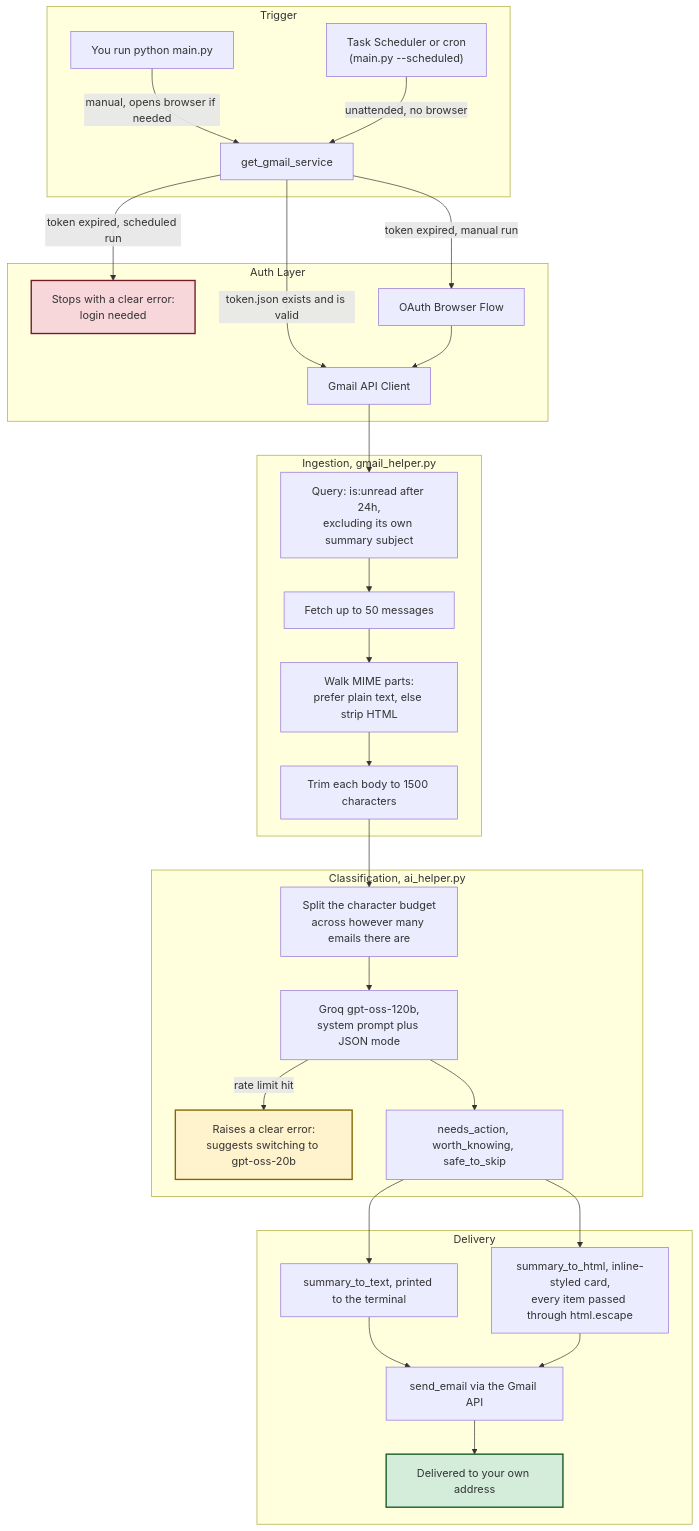
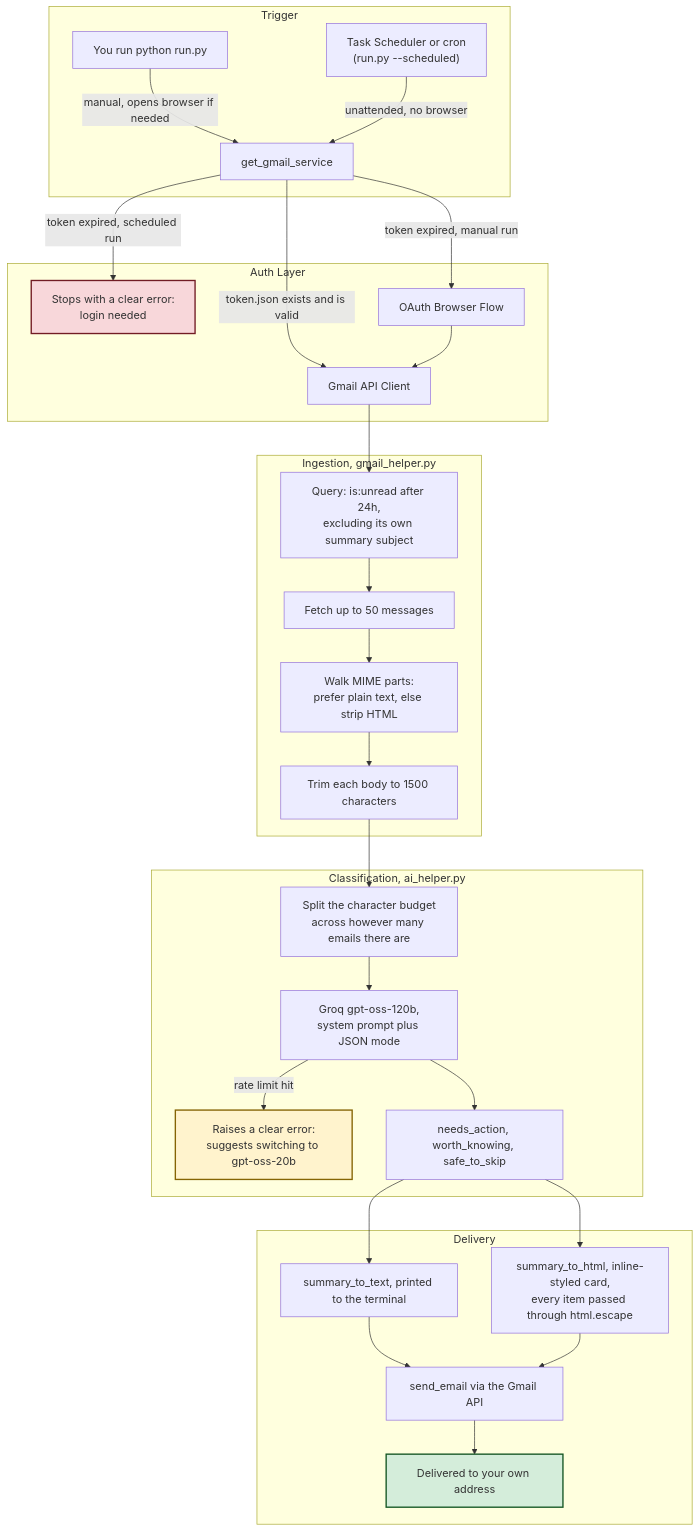
The second of 4 diagrams in README.md (buildwithranvir/gmail-ai-summarizer), drawn with Mermaid before and after one commit. The commit also changed other lines of this file and 3 other files, not shown here.

````diff
--- a/README.md
+++ b/README.md
@@ -109,39 +109,39 @@
 ```mermaid
 graph TD
     subgraph "Trigger"
-        A["You run python main.py"] -->|manual, opens browser if needed| C
-        B["Task Scheduler or cron\n(main.py --scheduled)"] -->|unattended, no browser| C
+        A["You run python run.py"] -->|manual, opens browser if needed| C
+        B["Task Scheduler or cron\n(run.py --scheduled)"] -->|unattended, no browser| C
     end
 
     subgraph "Auth Layer"
         C[get_gmail_service] -->|token.json exists and is valid| G[Gmail API Client]
         C -->|token expired, scheduled run| X["Stops with a clear error:\nlogin needed"]
         C -->|token expired, manual run| D[OAuth Browser Flow] --> G
     end
 
     subgraph "Ingestion, gmail_helper.py"
         G --> E["Query: is:unread after 24h,\nexcluding its own summary subject"]
         E --> F["Fetch up to 50 messages"]
         F --> H["Walk MIME parts:\nprefer plain text, else strip HTML"]
         H --> I["Trim each body to 1500 characters"]
     end
 
     subgraph "Classification, ai_helper.py"
         I --> J["Split the character budget\nacross however many emails there are"]
         J --> K["Groq gpt-oss-120b,\nsystem prompt plus JSON mode"]
         K -->|"rate limit hit"| L["Raises a clear error:\nsuggests switching to gpt-oss-20b"]
         K --> M["needs_action, worth_knowing, safe_to_skip"]
     end
 
     subgraph "Delivery"
         M --> N["summary_to_text, printed to the terminal"]
         M --> O["summary_to_html, inline-styled card,\nevery item passed through html.escape"]
         N --> P[send_email via the Gmail API]
         O --> P
         P --> Q["Delivered to your own address"]
     end
 
     style X fill:#f8d7da,stroke:#721c24,stroke-width:2px
     style L fill:#fff3cd,stroke:#856404,stroke-width:2px
     style Q fill:#d4edda,stroke:#155724,stroke-width:2px
 ```
````
